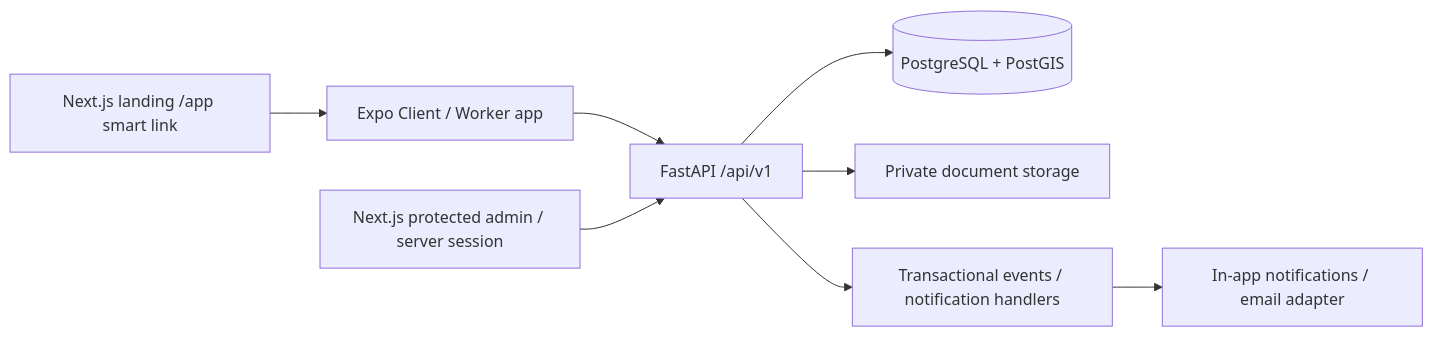
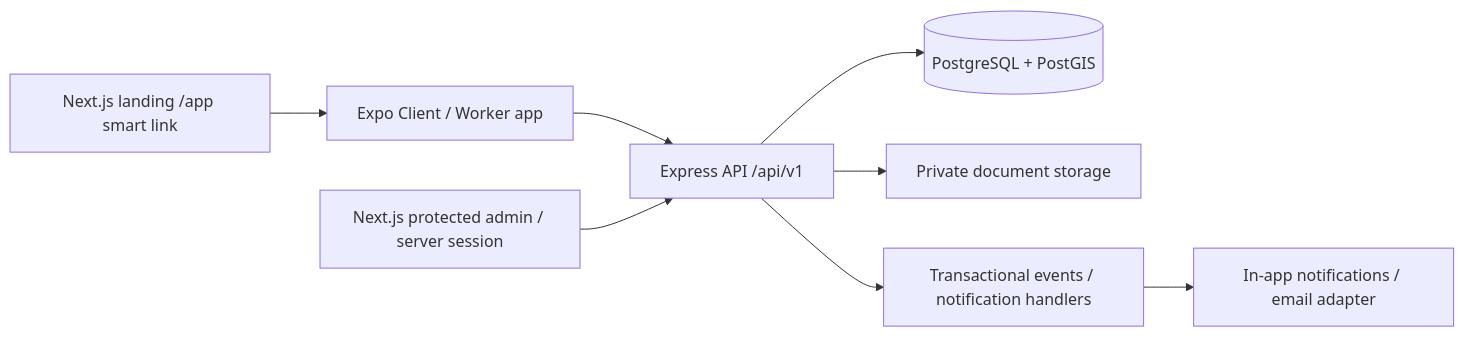
The diagram in docs/ARCHITECTURE.md (Prat05devs/labouryouth), drawn with Mermaid before and after one commit. The commit also changed other lines of this file and 48 other files, not shown here.

````diff
--- a/docs/ARCHITECTURE.md
+++ b/docs/ARCHITECTURE.md
@@ -3,10 +5,10 @@
 ```mermaid
 flowchart LR
- M[Expo Client / Worker app] --> A[FastAPI /api/v1]
+ M[Expo Client / Worker app] --> A[Express API /api/v1]
  W[Next.js protected admin / server session] --> A
  L[Next.js landing /app smart link] --> M
  A --> D[(PostgreSQL + PostGIS)]
  A --> S[Private document storage]
  A --> E[Transactional events / notification handlers]
  E --> N[In-app notifications / email adapter]
 ```
````
